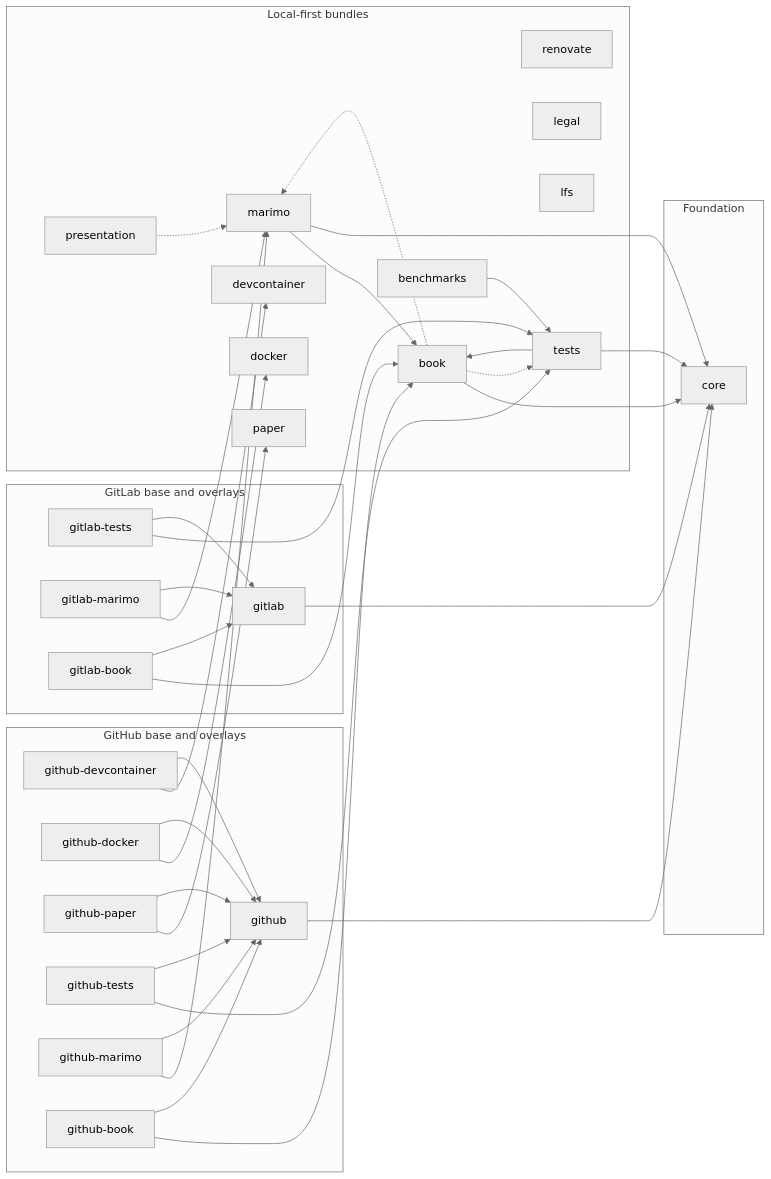
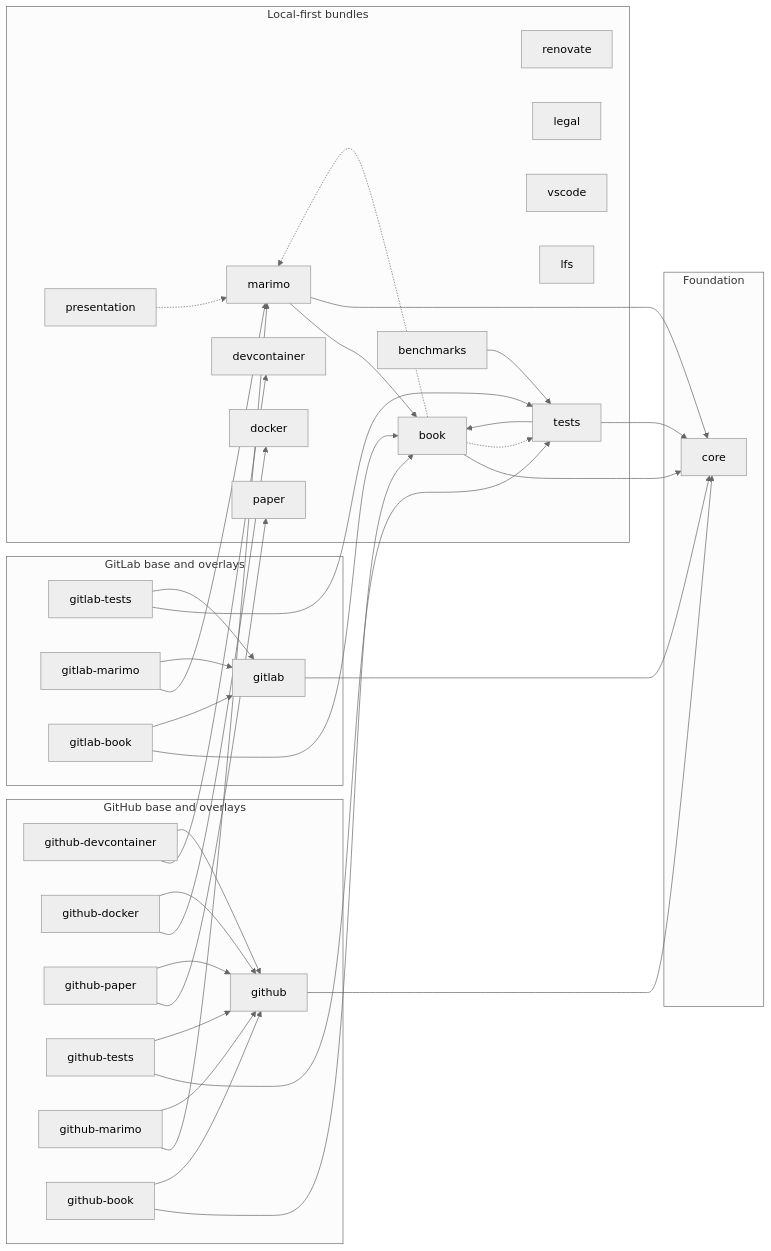
Before and after one commit to Jebel-Quant/rhiza: the diagram in docs/reference/GLOSSARY.md, drawn with Mermaid (neutral theme). The commit also changed 9 other files, not shown here.

````diff
--- a/docs/reference/GLOSSARY.md
+++ b/docs/reference/GLOSSARY.md
@@ -42,67 +42,68 @@
 ```mermaid
 flowchart LR
     subgraph Foundation["Foundation"]
         core["core"]
     end
 
     subgraph Local["Local-first bundles"]
         renovate["renovate"]
         legal["legal"]
         devcontainer["devcontainer"]
+        vscode["vscode"]
         docker["docker"]
         lfs["lfs"]
         presentation["presentation"]
         paper["paper"]
         book["book"]
         tests["tests"]
         benchmarks["benchmarks"]
         marimo["marimo"]
     end
 
     subgraph GitHub["GitHub base and overlays"]
         github["github"]
         github_devcontainer["github-devcontainer"]
         github_docker["github-docker"]
         github_paper["github-paper"]
         github_tests["github-tests"]
         github_marimo["github-marimo"]
         github_book["github-book"]
     end
 
     subgraph GitLab["GitLab base and overlays"]
         gitlab["gitlab"]
         gitlab_tests["gitlab-tests"]
         gitlab_marimo["gitlab-marimo"]
         gitlab_book["gitlab-book"]
     end
 
     github --> core
     gitlab --> core
     book --> core
     tests --> book
     tests --> core
     benchmarks --> tests
     marimo --> book
     marimo --> core
     github_devcontainer --> devcontainer
     github_devcontainer --> github
     github_docker --> docker
     github_docker --> github
     github_paper --> paper
     github_paper --> github
     github_tests --> tests
     github_tests --> github
     github_marimo --> marimo
     github_marimo --> github
     github_book --> book
     github_book --> github
     gitlab_tests --> tests
     gitlab_tests --> gitlab
     gitlab_marimo --> marimo
     gitlab_marimo --> gitlab
     gitlab_book --> book
     gitlab_book --> gitlab
     presentation -.-> marimo
     book -.-> tests
     book -.-> marimo
 ```
````
